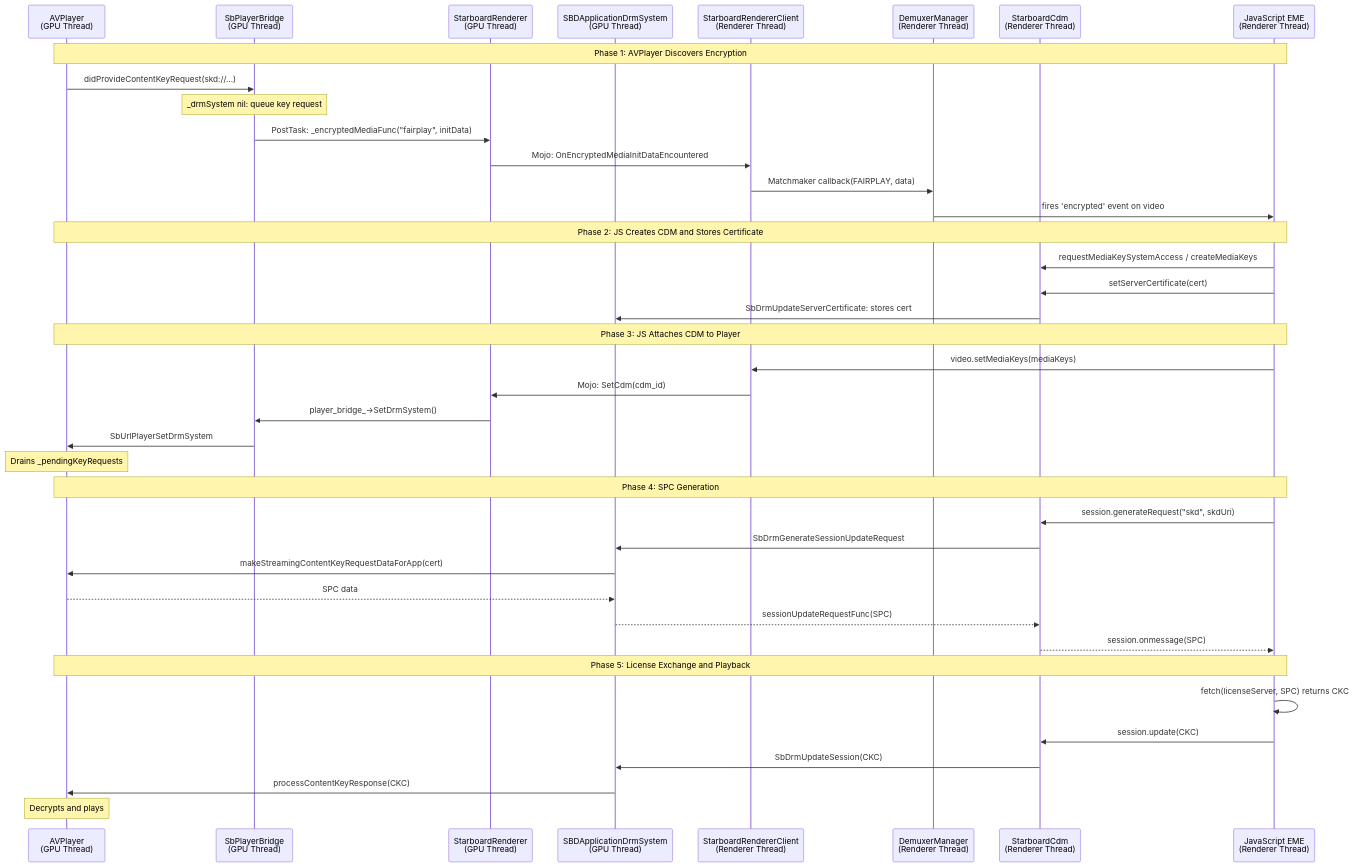
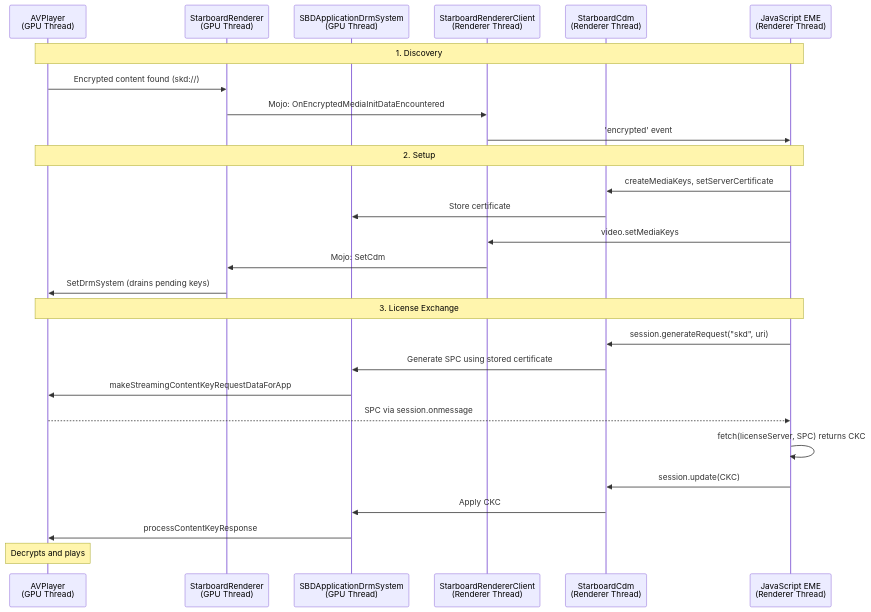
The second of 2 diagrams in Phase-2-FairPlay-DRM-Design-Doc.md (abhijeetk/cobalt), drawn with Mermaid before and after one commit. The commit also changed other lines of this file and 1 other file, not shown here.

Commit message:
docs: Update Phase 2 design doc and fix prompt reference path

````diff
--- a/Phase-2-FairPlay-DRM-Design-Doc.md
+++ b/Phase-2-FairPlay-DRM-Design-Doc.md
@@ -181,51 +115,32 @@
 ```mermaid
 sequenceDiagram
     participant AVP as AVPlayer<br/>(GPU Thread)
-    participant SPB as SbPlayerBridge<br/>(GPU Thread)
     participant SR as StarboardRenderer<br/>(GPU Thread)
     participant DRM as SBDApplicationDrmSystem<br/>(GPU Thread)
     participant SRC as StarboardRendererClient<br/>(Renderer Thread)
-    participant DM as DemuxerManager<br/>(Renderer Thread)
     participant CDM as StarboardCdm<br/>(Renderer Thread)
     participant JS as JavaScript EME<br/>(Renderer Thread)
 
-    Note over AVP,JS: Phase 1: AVPlayer Discovers Encryption
+    Note over AVP,JS: 1. Discovery
+    AVP->>SR: Encrypted content found (skd://)
+    SR->>SRC: Mojo: OnEncryptedMediaInitDataEncountered
+    SRC->>JS: 'encrypted' event
 
-    AVP->>SPB: didProvideContentKeyRequest(skd://...)
-    Note over SPB: _drmSystem nil: queue key request
-    SPB->>SR: PostTask: _encryptedMediaFunc("fairplay", initData)
-    SR->>SRC: Mojo: OnEncryptedMediaInitDataEncountered
-    SRC->>DM: Matchmaker callback(FAIRPLAY, data)
-    DM->>JS: fires 'encrypted' event on video
+    Note over AVP,JS: 2. Setup
+    JS->>CDM: createMediaKeys, setServerCertificate
+    CDM->>DRM: Store certificate
+    JS->>SRC: video.setMediaKeys
+    SRC->>SR: Mojo: SetCdm
+    SR->>AVP: SetDrmSystem (drains pending keys)
 
-    Note over AVP,JS: Phase 2: JS Creates CDM and Stores Certificate
-
-    JS->>CDM: requestMediaKeySystemAccess / createMediaKeys
-    JS->>CDM: setServerCertificate(cert)
-    CDM->>DRM: SbDrmUpdateServerCertificate: stores cert
-
-    Note over AVP,JS: Phase 3: JS Attaches CDM to Player
-
-    JS->>SRC: video.setMediaKeys(mediaKeys)
-    SRC->>SR: Mojo: SetCdm(cdm_id)
-    SR->>SPB: player_bridge_->SetDrmSystem()
-    SPB->>AVP: SbUrlPlayerSetDrmSystem
-    Note over AVP: Drains _pendingKeyRequests
-
-    Note over AVP,JS: Phase 4: SPC Generation
-
-    JS->>CDM: session.generateRequest("skd", skdUri)
-    CDM->>DRM: SbDrmGenerateSessionUpdateRequest
-    DRM->>AVP: makeStreamingContentKeyRequestDataForApp(cert)
-    AVP-->>DRM: SPC data
-    DRM-->>CDM: sessionUpdateRequestFunc(SPC)
-    CDM-->>JS: session.onmessage(SPC)
-
-    Note over AVP,JS: Phase 5: License Exchange and Playback
-
+    Note over AVP,JS: 3. License Exchange
+    JS->>CDM: session.generateRequest("skd", uri)
+    CDM->>DRM: Generate SPC using stored certificate
+    DRM->>AVP: makeStreamingContentKeyRequestDataForApp
+    AVP-->>JS: SPC via session.onmessage
     JS->>JS: fetch(licenseServer, SPC) returns CKC
     JS->>CDM: session.update(CKC)
-    CDM->>DRM: SbDrmUpdateSession(CKC)
-    DRM->>AVP: processContentKeyResponse(CKC)
+    CDM->>DRM: Apply CKC
+    DRM->>AVP: processContentKeyResponse
     Note over AVP: Decrypts and plays
 ```
````
